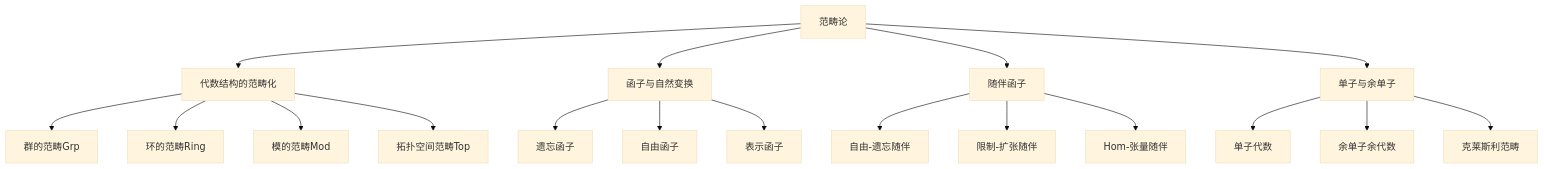
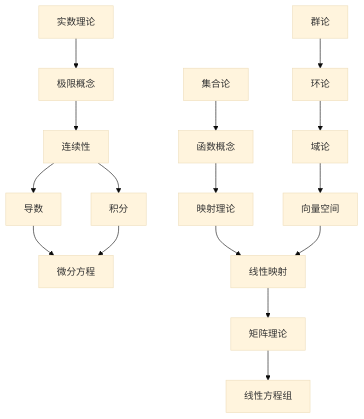
One commit to AdaMartin18010/Mathematics changed the fourth of 5 diagrams in Math/Refactor/00-项目总览/01-知识图谱分析.md. Above: the diagram before and after it, drawn with Mermaid (base theme). The commit also changed other lines of this file and 22 other files, not shown here.

````diff
--- a/Math/Refactor/00-项目总览/01-知识图谱分析.md
+++ b/Math/Refactor/00-项目总览/01-知识图谱分析.md
@@ -498,24 +214,20 @@
 ```mermaid
 graph TD
-    A[范畴论] --> B[代数结构的范畴化]
-    A --> C[函子与自然变换]
-    A --> D[随伴函子]
-    A --> E[单子与余单子]
+    Real[实数理论] --> Limit[极限概念]
+    Limit --> Continuity[连续性]
+    Continuity --> Derivative[导数]
+    Continuity --> Integral[积分]
+    Derivative --> DiffEq[微分方程]
+    Integral --> DiffEq
     
-    B --> B1[群的范畴Grp]
-    B --> B2[环的范畴Ring]
-    B --> B3[模的范畴Mod]
-    B --> B4[拓扑空间范畴Top]
+    SetTheory[集合论] --> Function[函数概念]
+    Function --> Mapping[映射理论]
+    Mapping --> LinearMap[线性映射]
+    LinearMap --> MatrixTheory[矩阵理论]
+    MatrixTheory --> LinearSystems[线性方程组]
     
-    C --> C1[遗忘函子]
-    C --> C2[自由函子]
-    C --> C3[表示函子]
-    
-    D --> D1[自由-遗忘随伴]
-    D --> D2[限制-扩张随伴]
-    D --> D3[Hom-张量随伴]
-    
-    E --> E1[单子代数]
-    E --> E2[余单子余代数]
-    E --> E3[克莱斯利范畴]
+    Group[群论] --> Ring[环论]
+    Ring --> Field[域论]
+    Field --> VectorSpace[向量空间]
+    VectorSpace --> LinearMap
 ```
````
